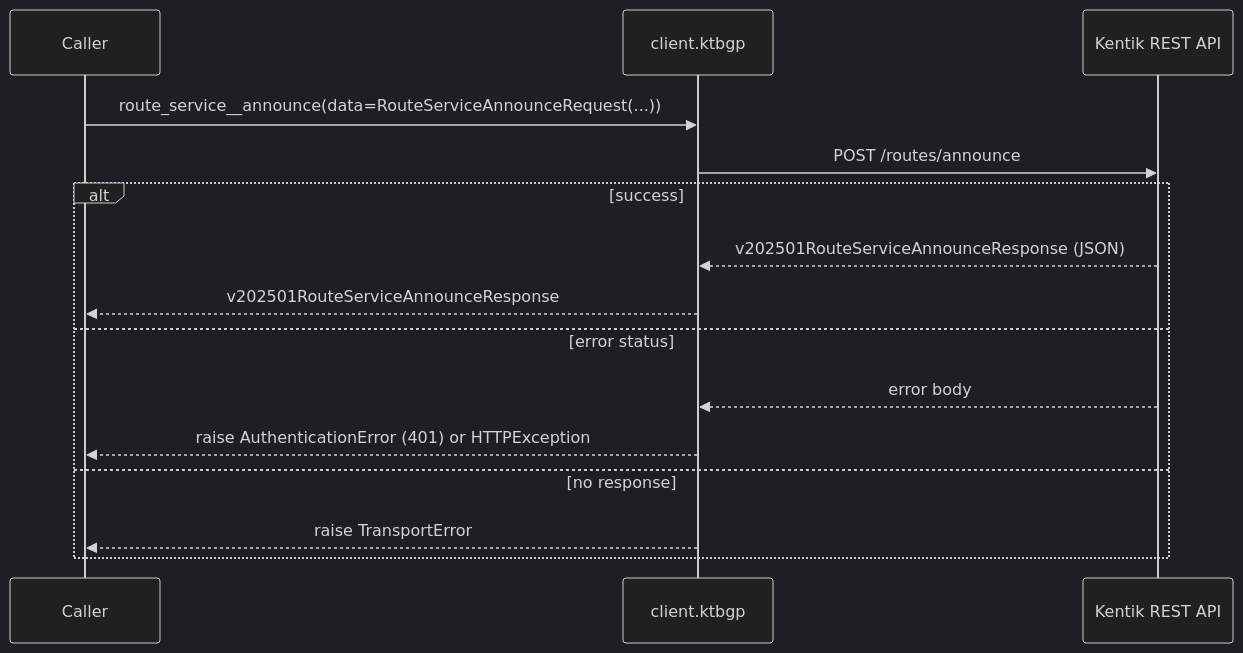
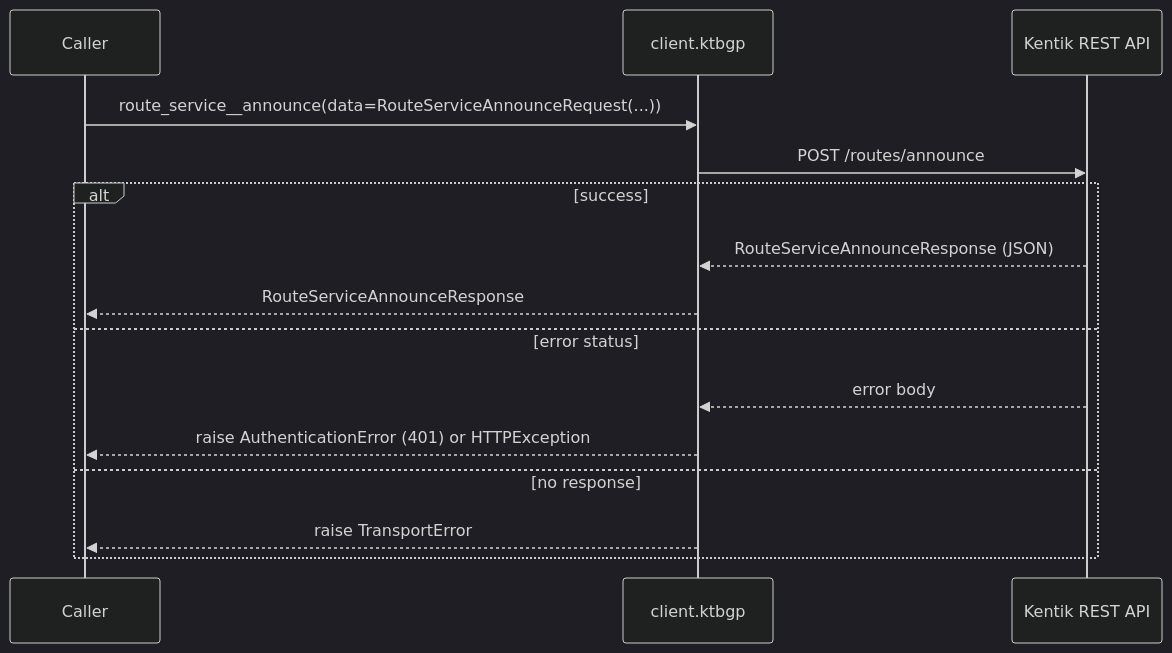
Before and after one commit to alexdearaujo/community_sdk_python: the second of 8 diagrams in docs/sphinx/services/ktbgp.md, drawn with Mermaid (dark theme). The commit also changed other lines of this file and 38 other files, not shown here.

````diff
--- a/docs/sphinx/services/ktbgp.md
+++ b/docs/sphinx/services/ktbgp.md
@@ -36,18 +36,18 @@
 ```mermaid
 sequenceDiagram
     participant C as Caller
     participant W as client.ktbgp
     participant API as Kentik REST API
 
     C->>W: route_service__announce(data=RouteServiceAnnounceRequest(...))
     W->>API: POST /routes/announce
     alt success
-        API-->>W: v202501RouteServiceAnnounceResponse (JSON)
-        W-->>C: v202501RouteServiceAnnounceResponse
+        API-->>W: RouteServiceAnnounceResponse (JSON)
+        W-->>C: RouteServiceAnnounceResponse
     else error status
         API-->>W: error body
         W-->>C: raise AuthenticationError (401) or HTTPException
     else no response
         W-->>C: raise TransportError
     end
 ```
````
